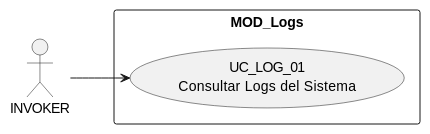
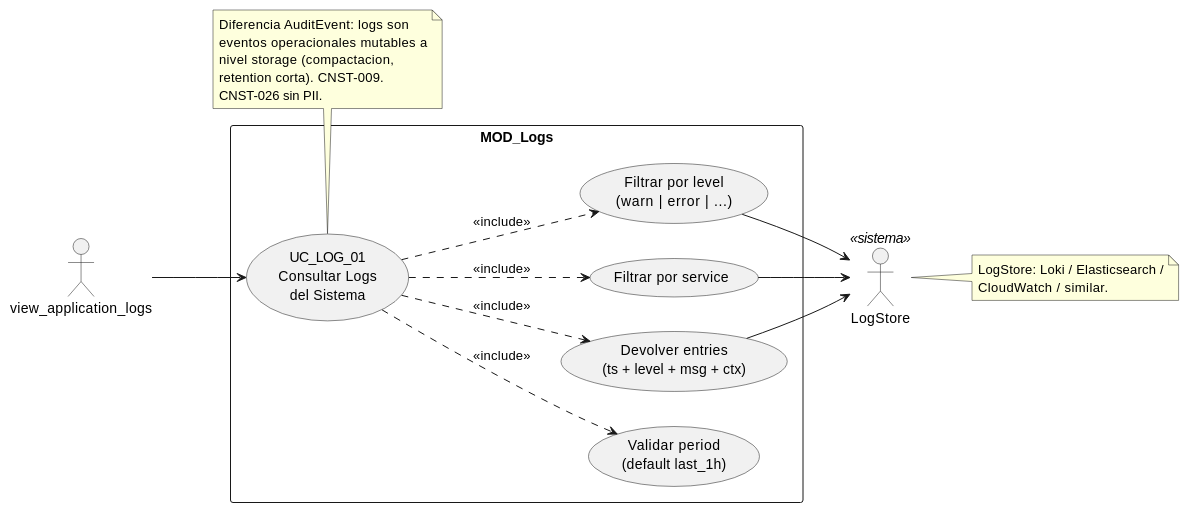
Before and after one commit to jcg-admin/IACT-docs: the diagram in source/requisitos/casos-uso/logs/uc-log-01/diagramas-uml/diagrama-de-caso-de-uso.rst, drawn with PlantUML. The commit also changed 6 other files, not shown here.

First line of the commit message:
Level A — logs module (7 UCs)

```diff
--- a/source/requisitos/casos-uso/logs/uc-log-01/diagramas-uml/diagrama-de-caso-de-uso.rst
+++ b/source/requisitos/casos-uso/logs/uc-log-01/diagramas-uml/diagrama-de-caso-de-uso.rst
@@ -4,22 +4,42 @@
 .. uml::
  :caption: UC_LOG_01 — actores y casos asociados
 
  @startuml
 
  left to right direction
 
- ' TODO (use-case-view-uml07-rebuild Nivel A): completar
- ' actores (INVOKER + beneficiarios + Sistema), sub-usecases
- ' (validaciones, side-effects, audit emit), relaciones
- ' (`<<include>>`, `<<extend>>`) y notas referenciando BRs/CNSTs.
- ' Ver patron canonico en uc-acc-01/diagramas-uml/diagrama-de-caso-de-uso.rst.
-
- actor "INVOKER" as INVOKER
+ actor "view_application_logs" as INVOKER
+ actor "LogStore" as STORE <<sistema>>
 
  rectangle "MOD_Logs" {
-   usecase "UC_LOG_01\nConsultar Logs del Sistema" as UC_LOG_01
+   usecase "UC_LOG_01\nConsultar Logs\ndel Sistema" as UC_LOG_01
+   usecase "Validar period\n(default last_1h)" as VALIDAR_PERIOD
+   usecase "Filtrar por level\n(warn | error | ...)" as FILTRAR_LEVEL
+   usecase "Filtrar por service" as FILTRAR_SERVICE
+   usecase "Devolver entries\n(ts + level + msg + ctx)" as DEVOLVER
  }
 
  INVOKER --> UC_LOG_01
+ UC_LOG_01 ..> VALIDAR_PERIOD : <<include>>
+ UC_LOG_01 ..> FILTRAR_LEVEL : <<include>>
+ UC_LOG_01 ..> FILTRAR_SERVICE : <<include>>
+ UC_LOG_01 ..> DEVOLVER : <<include>>
+
+ FILTRAR_LEVEL --> STORE
+ FILTRAR_SERVICE --> STORE
+ DEVOLVER --> STORE
+
+ note bottom of UC_LOG_01
+   Diferencia AuditEvent: logs son
+   eventos operacionales mutables a
+   nivel storage (compactacion,
+   retention corta). CNST-009.
+   CNST-026 sin PII.
+ end note
+
+ note right of STORE
+   LogStore: Loki / Elasticsearch /
+   CloudWatch / similar.
+ end note
 
  @enduml
```
